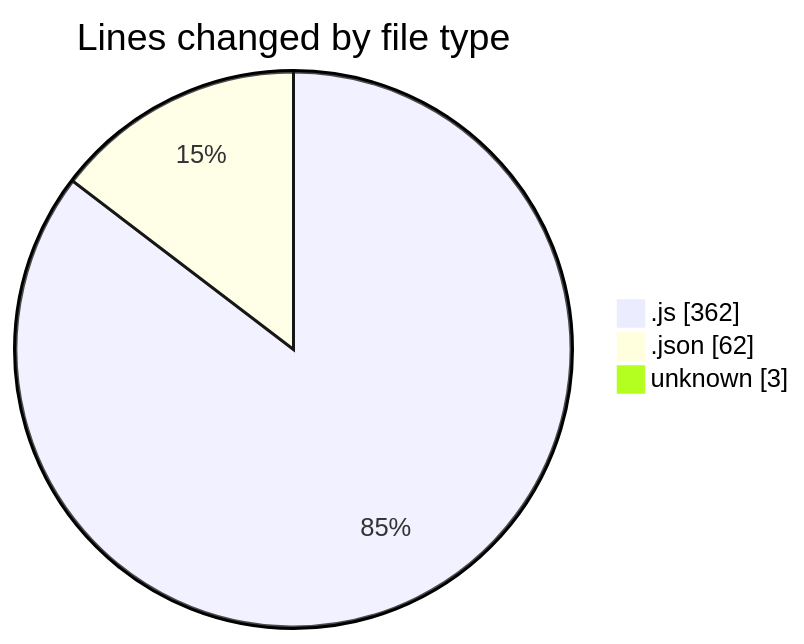
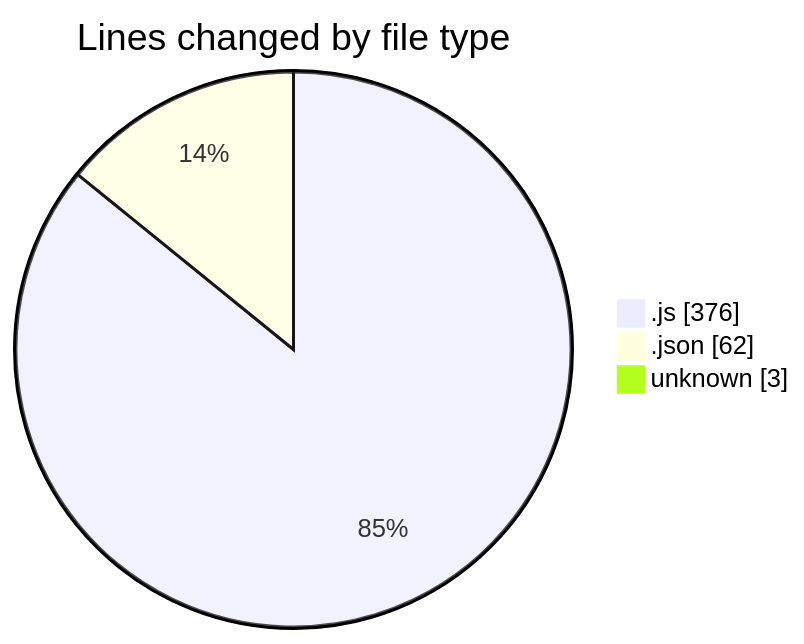
Before and after one commit to Ritupan-Deka/code-tracking: the first of 2 diagrams in 2025-07-02/mern-thinkboard/README.md, drawn with Mermaid. The commit also changed other lines of this file and 1 other file, not shown here.

````diff
--- a/2025-07-02/mern-thinkboard/README.md
+++ b/2025-07-02/mern-thinkboard/README.md
@@ -28,7 +28,7 @@
 ```mermaid
 pie showData
 title Lines changed by file type
-".js" : 362
+".js" : 376
 ".json" : 62
 "unknown" : 3
 ```
````
